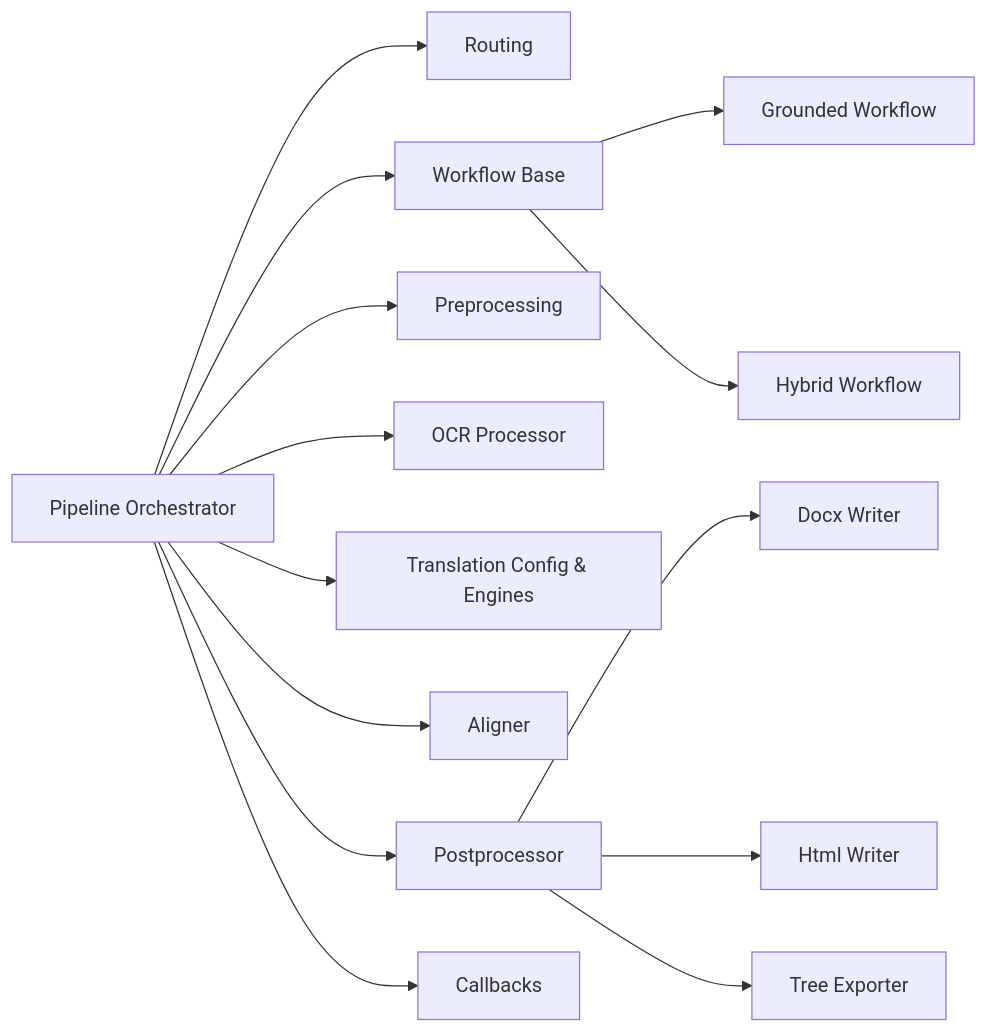
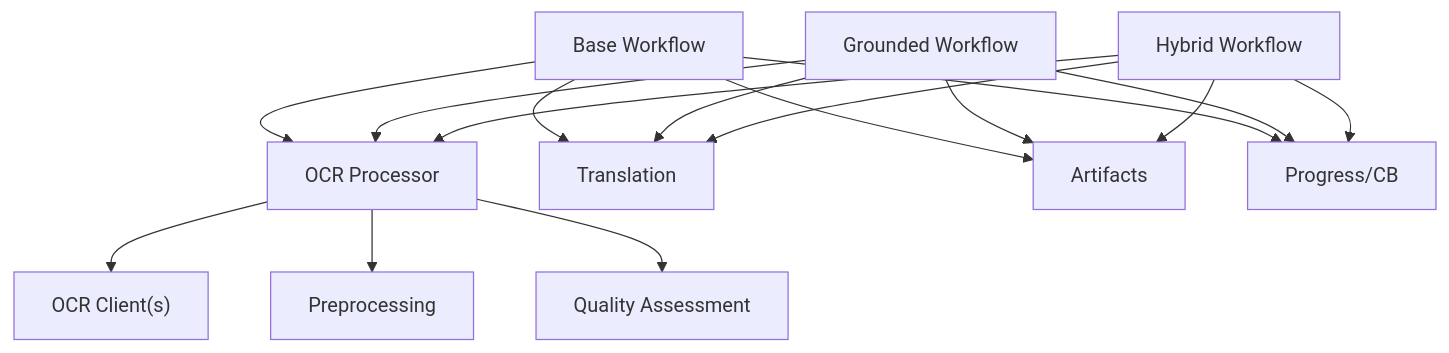
The seventh of 7 diagrams in .qoder/repowiki/en/content/Core Processing Engine/Core Processing Engine.md (Sifr-r/LocalDeepL), drawn with Mermaid before and after one commit. The commit also changed other lines of this file and 246 other files, not shown here.

````diff
--- a/.qoder/repowiki/en/content/Core Processing Engine/Core Processing Engine.md
+++ b/.qoder/repowiki/en/content/Core Processing Engine/Core Processing Engine.md
@@ -584,16 +383,18 @@
 ```mermaid
-graph LR
-Pipe["Pipeline Orchestrator"] --> Rout["Routing"]
-Pipe --> WF["Workflow Base"]
-WF --> GWF["Grounded Workflow"]
-WF --> HWF["Hybrid Workflow"]
-Pipe --> Pre["Preprocessing"]
-Pipe --> OCR["OCR Processor"]
-Pipe --> Trans["Translation Config & Engines"]
-Pipe --> Align["Aligner"]
-Pipe --> Post["Postprocessor"]
-Post --> DX["Docx Writer"]
-Post --> HT["Html Writer"]
-Post --> TE["Tree Exporter"]
-Pipe --> CB["Callbacks"]
+graph TB
+WF_Base["Base Workflow"] --> Proc["OCR Processor"]
+WF_Grounded["Grounded Workflow"] --> Proc
+WF_Hybrid["Hybrid Workflow"] --> Proc
+Proc --> Client["OCR Client(s)"]
+Proc --> Pre["Preprocessing"]
+Proc --> QA["Quality Assessment"]
+WF_Base --> Trans["Translation"]
+WF_Grounded --> Trans
+WF_Hybrid --> Trans
+WF_Base --> Art["Artifacts"]
+WF_Grounded --> Art
+WF_Hybrid --> Art
+WF_Base --> Prog["Progress/CB"]
+WF_Grounded --> Prog
+WF_Hybrid --> Prog
 ```
````
